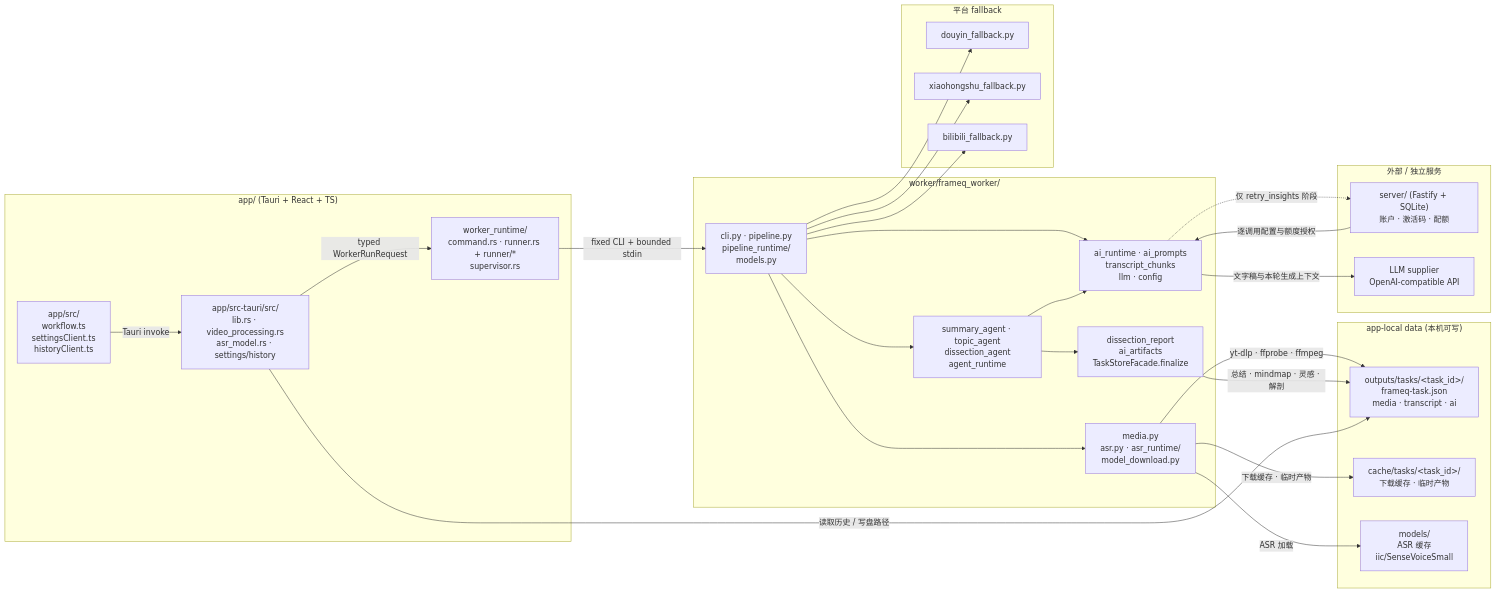
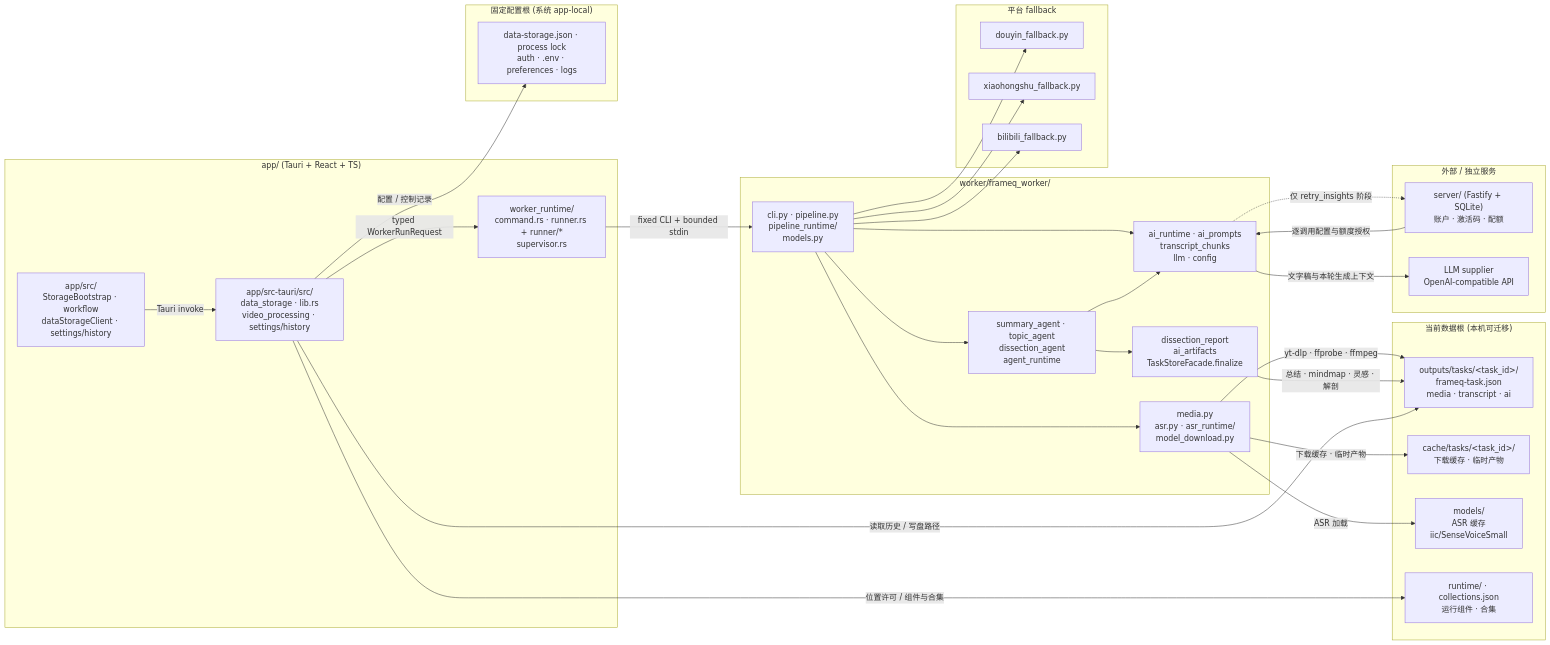
The diagram in docs/ARCHITECTURE.md (jiabai/FrameQ), drawn with Mermaid before and after one commit. The commit also changed other lines of this file and 261 other files, not shown here.

First line of the commit message:
feat(app): redesign desktop workspace and add local data management

````diff
--- a/docs/ARCHITECTURE.md
+++ b/docs/ARCHITECTURE.md
@@ -1144,53 +1278,60 @@
 ```mermaid
 graph LR
   subgraph "app/ (Tauri + React + TS)"
-    A1["app/src/<br/>workflow.ts<br/>settingsClient.ts<br/>historyClient.ts"]
-    A2["app/src-tauri/src/<br/>lib.rs · video_processing.rs<br/>asr_model.rs · settings/history"]
+    A1["app/src/<br/>StorageBootstrap · workflow<br/>dataStorageClient · settings/history"]
+    A2["app/src-tauri/src/<br/>data_storage · lib.rs<br/>video_processing · settings/history"]
     A3["worker_runtime/<br/>command.rs · runner.rs + runner/*<br/>supervisor.rs"]
   end
 
   subgraph "worker/frameq_worker/"
     W1["cli.py · pipeline.py<br/>pipeline_runtime/<br/>models.py"]
     W2["media.py<br/>asr.py · asr_runtime/<br/>model_download.py"]
     W3["summary_agent · topic_agent<br/>dissection_agent<br/>agent_runtime"]
     W4["ai_runtime · ai_prompts<br/>transcript_chunks<br/>llm · config"]
     W5["dissection_report<br/>ai_artifacts<br/>TaskStoreFacade.finalize"]
   end
 
   subgraph "平台 fallback"
     F1["douyin_fallback.py"]
     F2["xiaohongshu_fallback.py"]
     F3["bilibili_fallback.py"]
   end
 
-  subgraph "app-local data (本机可写)"
+  subgraph "当前数据根 (本机可迁移)"
     D1["outputs/tasks/&lt;task_id&gt;/<br/>frameq-task.json<br/>media · transcript · ai"]
     D2["cache/tasks/&lt;task_id&gt;/<br/>下载缓存 · 临时产物"]
     D3["models/<br/>ASR 缓存<br/>iic/SenseVoiceSmall"]
+    D4["runtime/ · collections.json<br/>运行组件 · 合集"]
+  end
+
+  subgraph "固定配置根 (系统 app-local)"
+    C1["data-storage.json · process lock<br/>auth · .env · preferences · logs"]
   end
 
   subgraph "外部 / 独立服务"
     S1["server/ (Fastify + SQLite)<br/>账户 · 激活码 · 配额"]
     S2["LLM supplier<br/>OpenAI-compatible API"]
   end
 
   A1 -->|Tauri invoke| A2
   A2 -->|typed WorkerRunRequest| A3
   A3 -->|fixed CLI + bounded stdin| W1
   W1 --> W2
   W1 --> W3
   W1 --> W4
   W1 --> F1
   W1 --> F2
   W1 --> F3
   W2 -->|yt-dlp · ffprobe · ffmpeg| D1
   W2 -->|下载缓存 · 临时产物| D2
   W2 -->|ASR 加载| D3
   W3 --> W4
   W3 --> W5
   W5 -->|总结 · mindmap · 灵感 · 解剖| D1
   W4 -.->|仅 retry_insights 阶段| S1
   S1 -->|逐调用配置与额度授权| W4
   W4 -->|文字稿与本轮生成上下文| S2
   A2 -->|读取历史 / 写盘路径| D1
+  A2 -->|位置许可 / 组件与合集| D4
+  A2 -->|配置 / 控制记录| C1
 ```
````
